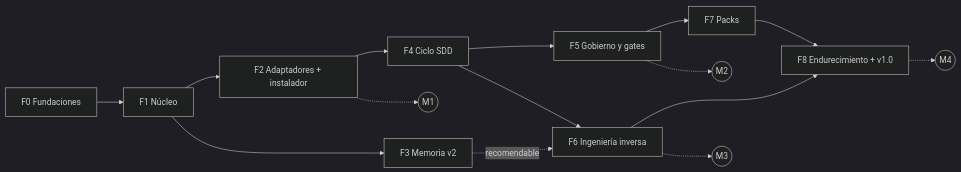
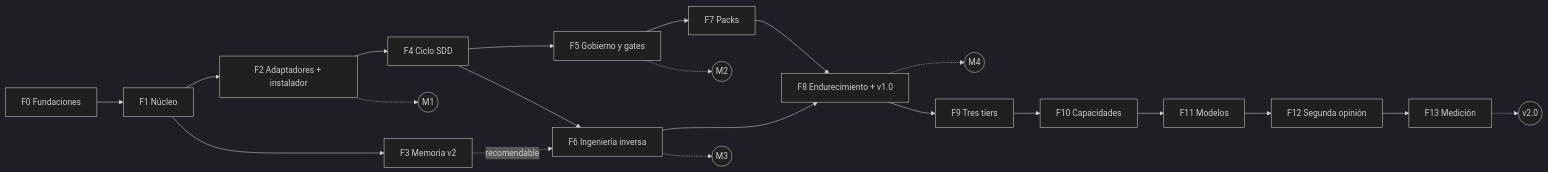
The diagram in docs/plan/00-LEEME-PRIMERO.md (julimonte03/exo-harness), drawn with Mermaid (dark theme) before and after one commit. The commit also changed other lines of this file and 2 other files, not shown here.

````diff
--- a/docs/plan/00-LEEME-PRIMERO.md
+++ b/docs/plan/00-LEEME-PRIMERO.md
@@ -62,17 +70,23 @@
 ```mermaid
 flowchart LR
   F0["F0 Fundaciones"] --> F1["F1 Núcleo"]
   F1 --> F2["F2 Adaptadores + instalador"]
   F1 --> F3["F3 Memoria v2"]
   F2 --> F4["F4 Ciclo SDD"]
   F4 --> F5["F5 Gobierno y gates"]
   F4 --> F6["F6 Ingeniería inversa"]
   F3 -. recomendable .-> F6
   F5 --> F7["F7 Packs"]
   F6 --> F8["F8 Endurecimiento + v1.0"]
   F7 --> F8
   F2 -.-> M1(("M1"))
   F5 -.-> M2(("M2"))
   F6 -.-> M3(("M3"))
   F8 -.-> M4(("M4"))
+  F8 --> F9["F9 Tres tiers"]
+  F9 --> F10["F10 Capacidades"]
+  F10 --> F11["F11 Modelos"]
+  F11 --> F12["F12 Segunda opinión"]
+  F12 --> F13["F13 Medición"]
+  F13 -.-> V2(("v2.0"))
 ```
````
